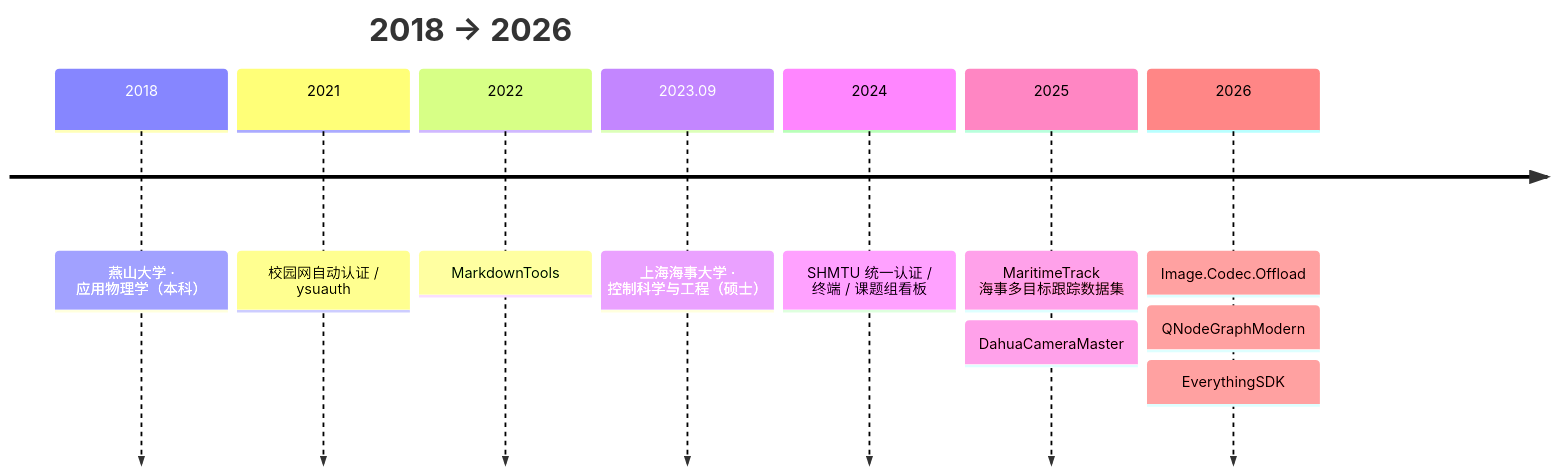
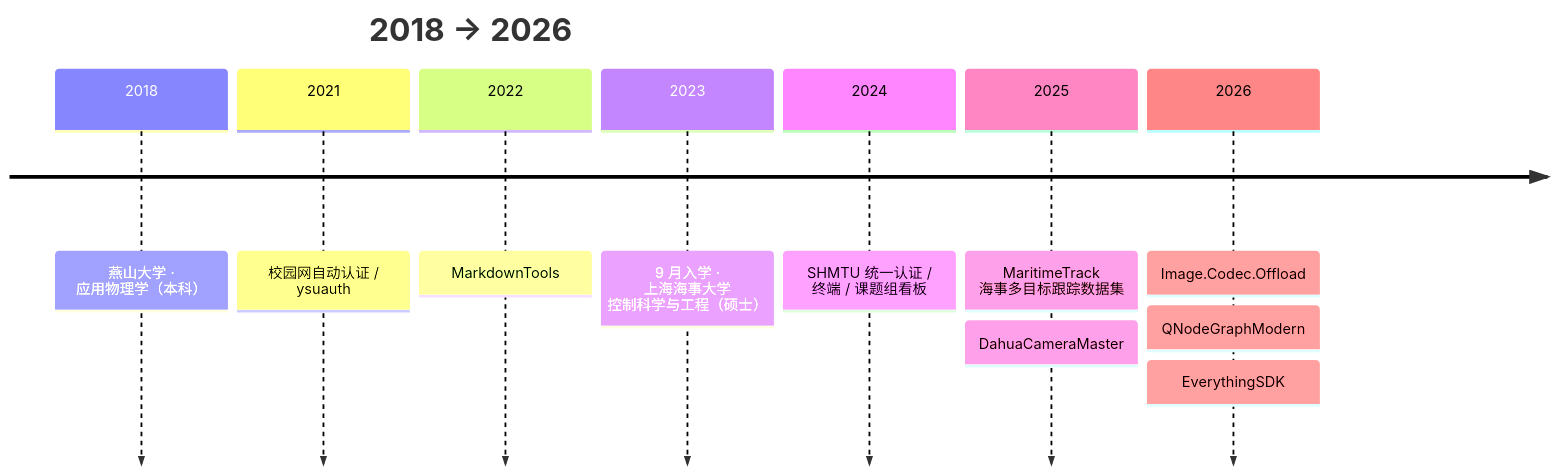
Before and after one commit to a645162/a645162: the first of 2 diagrams in README.md, drawn with Mermaid.

Commit message:
docs: fix mermaid timeline period label

````diff
--- a/README.md
+++ b/README.md
@@ -108,14 +108,14 @@
 ```mermaid
 timeline
     title 2018 → 2026
     2018 : 燕山大学 · 应用物理学（本科）
     2021 : 校园网自动认证 / ysuauth
     2022 : MarkdownTools
-    2023.09 : 上海海事大学 · 控制科学与工程（硕士）
+    2023 : 9 月入学 · 上海海事大学 控制科学与工程（硕士）
     2024 : SHMTU 统一认证 / 终端 / 课题组看板
     2025 : MaritimeTrack 海事多目标跟踪数据集
          : DahuaCameraMaster
     2026 : Image.Codec.Offload
          : QNodeGraphModern
          : EverythingSDK
 ```
````
